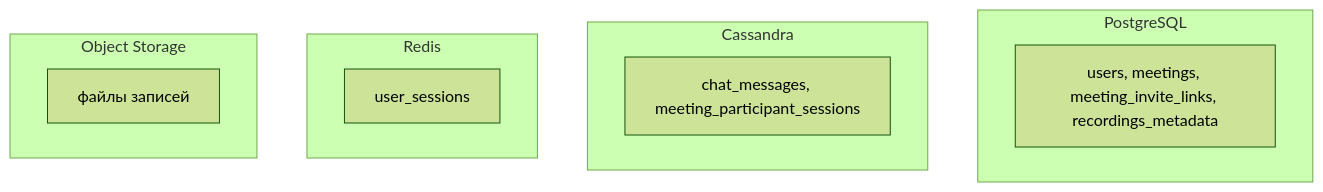
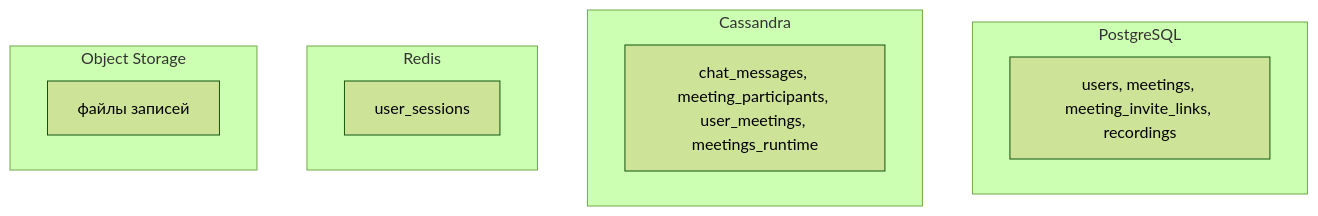
Before and after one commit to alx314vo/highload_zoom: the second of 2 diagrams in README.md, drawn with Mermaid (forest theme). The commit also changed other lines of this file, not shown here.

````diff
--- a/README.md
+++ b/README.md
@@ -279,18 +337,18 @@
 ```mermaid
 graph TB
     subgraph "PostgreSQL"
-        PG[users, meetings, meeting_invite_links, recordings_metadata]
+        PG[users, meetings, meeting_invite_links, recordings]
     end
 
     subgraph "Cassandra"
-        CASS[chat_messages, meeting_participant_sessions]
+        CASS[chat_messages, meeting_participants, user_meetings, meetings_runtime]
     end
 
     subgraph "Redis"
         REDIS[user_sessions]
     end
 
     subgraph "Object Storage"
         OBJ[файлы записей]
     end
 ```
````
